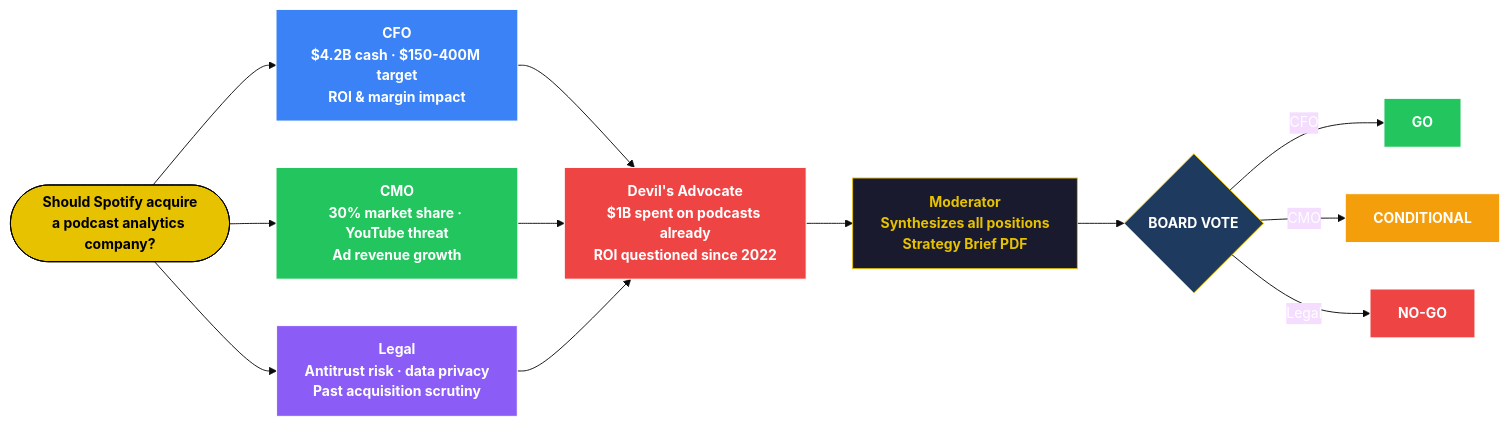
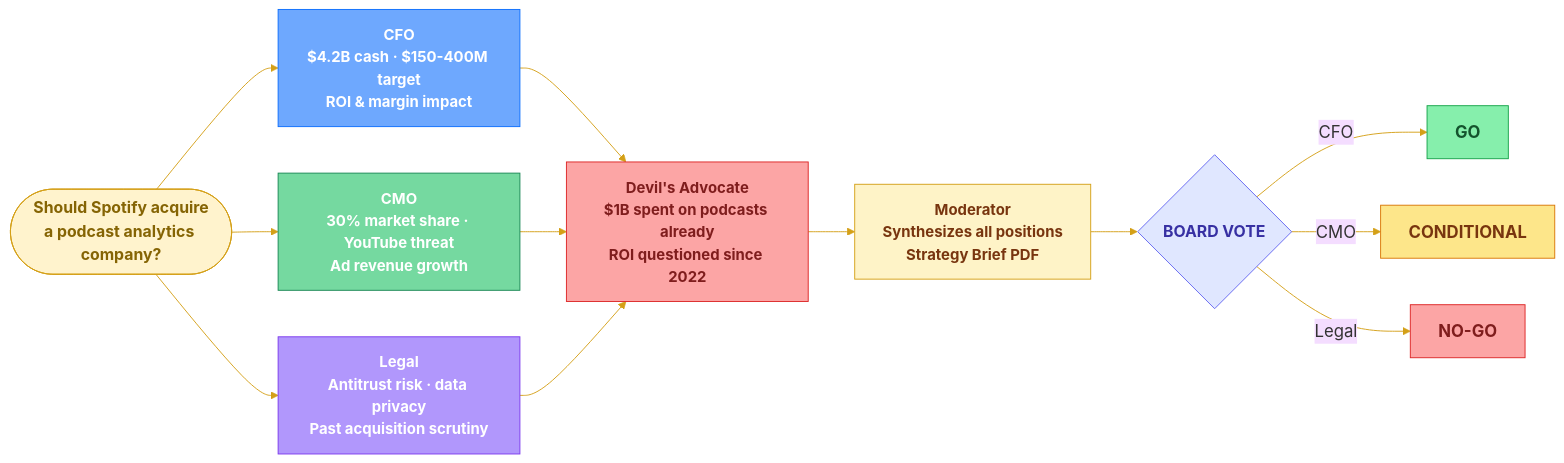
The second of 4 diagrams in README.md (Antarathapliyal31/ShadowBoard), drawn with Mermaid before and after one commit. The commit also changed other lines of this file, not shown here.

Commit message:
Refine system architecture and flowchart styles

````diff
--- a/README.md
+++ b/README.md
@@ -151,31 +152,31 @@
 ```mermaid
-%%{init: {'theme': 'base', 'themeVariables': { 'fontSize': '15px', 'fontFamily': 'Segoe UI, Arial', 'primaryTextColor': '#fff' }}}%%
+%%{init: {'theme': 'base', 'themeVariables': { 'fontSize': '18px', 'fontFamily': 'Segoe UI, Arial', 'primaryTextColor': '#333', 'lineColor': '#d4a017' }}}%%
 flowchart LR
     Q(["Should Spotify acquire\na podcast analytics company?"]):::qClass
 
     Q --> CFO["CFO\n$4.2B cash · $150-400M target\nROI & margin impact"]:::cfoClass
     Q --> CMO["CMO\n30% market share · YouTube threat\nAd revenue growth"]:::cmoClass
     Q --> LEG["Legal\nAntitrust risk · data privacy\nPast acquisition scrutiny"]:::legClass
 
     CFO --> DA["Devil's Advocate\n$1B spent on podcasts already\nROI questioned since 2022"]:::daClass
     CMO --> DA
     LEG --> DA
 
     DA --> MOD["Moderator\nSynthesizes all positions\nStrategy Brief PDF"]:::modClass
 
     MOD --> V{"BOARD VOTE"}:::voteClass
     V -->|"CFO"| GO["GO"]:::goClass
     V -->|"CMO"| COND["CONDITIONAL"]:::condClass
     V -->|"Legal"| NOGO["NO-GO"]:::nogoClass
 
-    classDef qClass fill:#e6c200,stroke:#000,color:#000,font-weight:bold
-    classDef cfoClass fill:#3b82f6,stroke:#fff,color:#fff,font-weight:bold
-    classDef cmoClass fill:#22c55e,stroke:#fff,color:#fff,font-weight:bold
-    classDef legClass fill:#8b5cf6,stroke:#fff,color:#fff,font-weight:bold
-    classDef daClass fill:#ef4444,stroke:#fff,color:#fff,font-weight:bold
-    classDef modClass fill:#1a1a2e,stroke:#e6c200,color:#e6c200,font-weight:bold
-    classDef voteClass fill:#1e3a5f,stroke:#e6c200,color:#fff,font-weight:bold
-    classDef goClass fill:#22c55e,stroke:#fff,color:#fff,font-weight:bold
-    classDef condClass fill:#f59e0b,stroke:#fff,color:#fff,font-weight:bold
-    classDef nogoClass fill:#ef4444,stroke:#fff,color:#fff,font-weight:bold
+    classDef qClass fill:#fff3cd,stroke:#d4a017,color:#856404,font-weight:bold,font-size:17px
+    classDef cfoClass fill:#6ea8fe,stroke:#0d6efd,color:#fff,font-weight:bold,font-size:16px
+    classDef cmoClass fill:#75d9a0,stroke:#198754,color:#fff,font-weight:bold,font-size:16px
+    classDef legClass fill:#b197fc,stroke:#7c3aed,color:#fff,font-weight:bold,font-size:16px
+    classDef daClass fill:#fca5a5,stroke:#dc2626,color:#7f1d1d,font-weight:bold,font-size:16px
+    classDef modClass fill:#fef3c7,stroke:#d4a017,color:#78350f,font-weight:bold,font-size:16px
+    classDef voteClass fill:#e0e7ff,stroke:#6366f1,color:#3730a3,font-weight:bold,font-size:17px
+    classDef goClass fill:#86efac,stroke:#16a34a,color:#14532d,font-weight:bold,font-size:18px
+    classDef condClass fill:#fde68a,stroke:#d97706,color:#78350f,font-weight:bold,font-size:18px
+    classDef nogoClass fill:#fca5a5,stroke:#dc2626,color:#7f1d1d,font-weight:bold,font-size:18px
 ```
````
